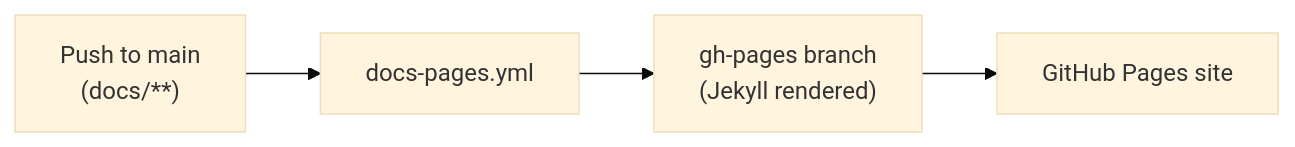
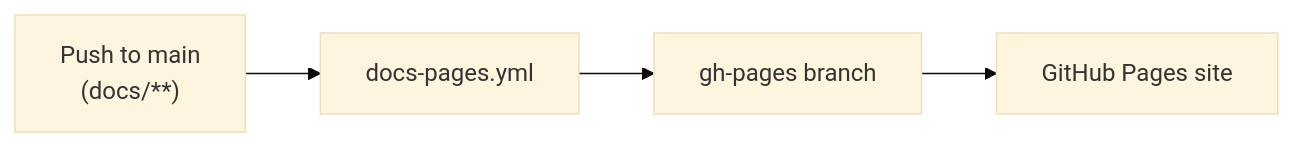
One commit to pacorreia/go-rdp-server changed the second of 2 diagrams in docs/development.md. Above: the diagram before and after it, drawn with Mermaid (base theme). The commit also changed other lines of this file and 4 other files, not shown here.

````diff
--- a/docs/development.md
+++ b/docs/development.md
@@ -39,6 +56,6 @@
 ```mermaid
 flowchart LR
     Commit["Push to main\n(docs/**)"] --> DocsCI["docs-pages.yml"]
-    DocsCI --> GHPages["gh-pages branch\n(Jekyll rendered)"]
+    DocsCI --> GHPages["gh-pages branch"]
     GHPages --> Site["GitHub Pages site"]
 ```
````
